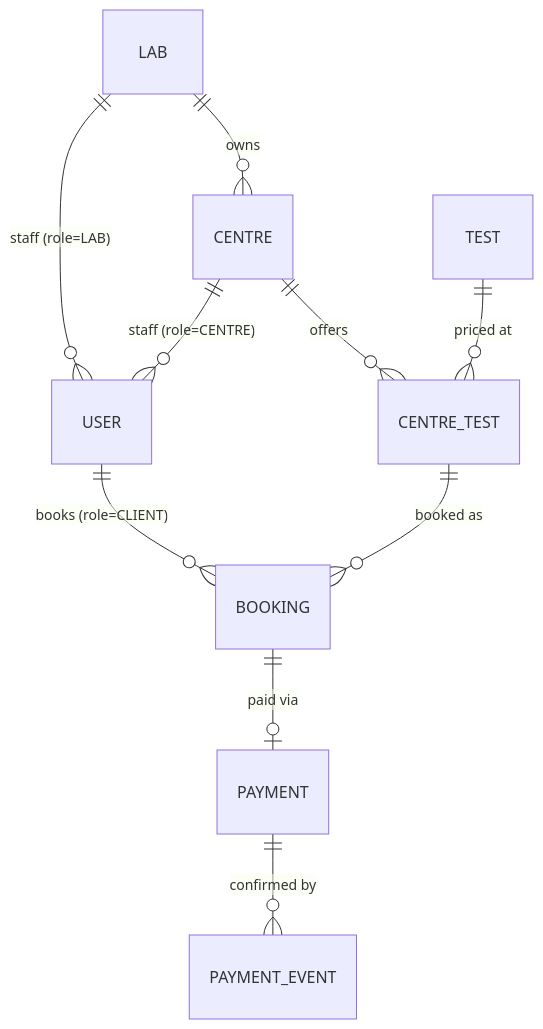
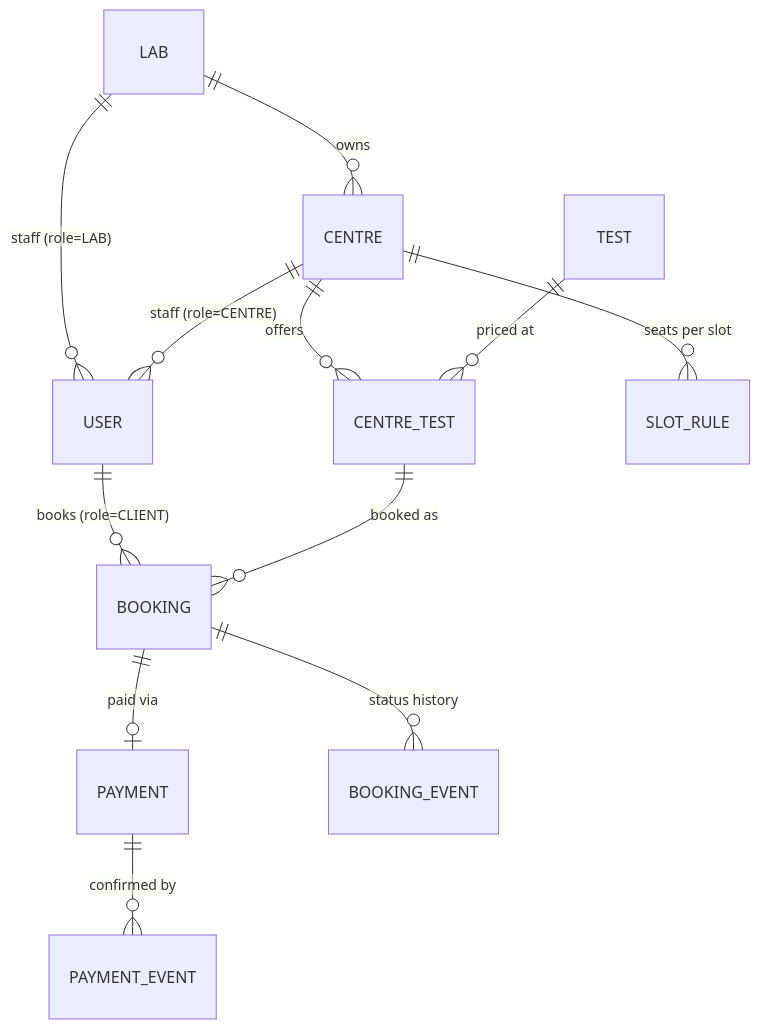
Before and after one commit to Satyamkumarjha4/EVE_Lab_Booking: the diagram in README.md, drawn with Mermaid. The commit also changed other lines of this file and 13 other files, not shown here.

````diff
--- a/README.md
+++ b/README.md
@@ -240,12 +262,14 @@
 ```mermaid
 erDiagram
     LAB ||--o{ CENTRE : owns
     CENTRE ||--o{ CENTRE_TEST : offers
     TEST ||--o{ CENTRE_TEST : "priced at"
     LAB ||--o{ USER : "staff (role=LAB)"
     CENTRE ||--o{ USER : "staff (role=CENTRE)"
     USER ||--o{ BOOKING : "books (role=CLIENT)"
     CENTRE_TEST ||--o{ BOOKING : "booked as"
     BOOKING ||--o| PAYMENT : "paid via"
+    BOOKING ||--o{ BOOKING_EVENT : "status history"
     PAYMENT ||--o{ PAYMENT_EVENT : "confirmed by"
+    CENTRE ||--o{ SLOT_RULE : "seats per slot"
 ```
````
